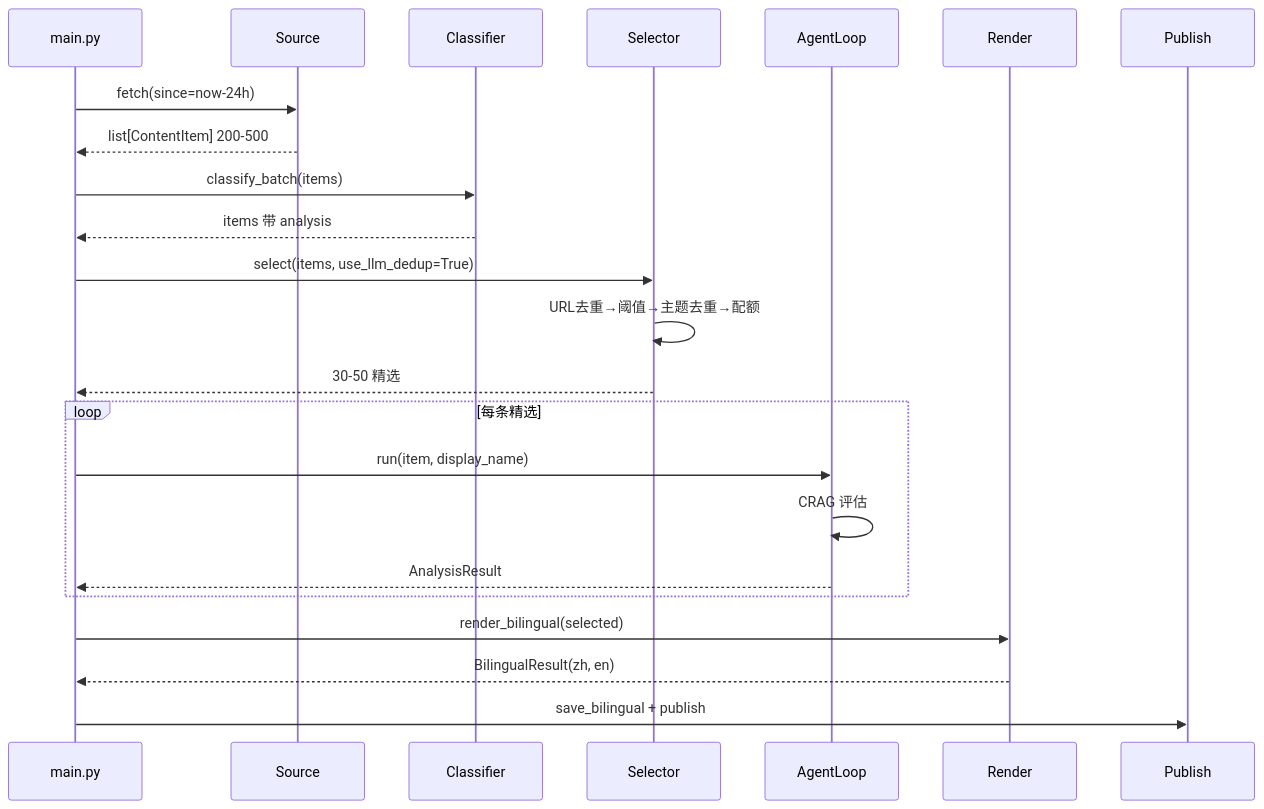
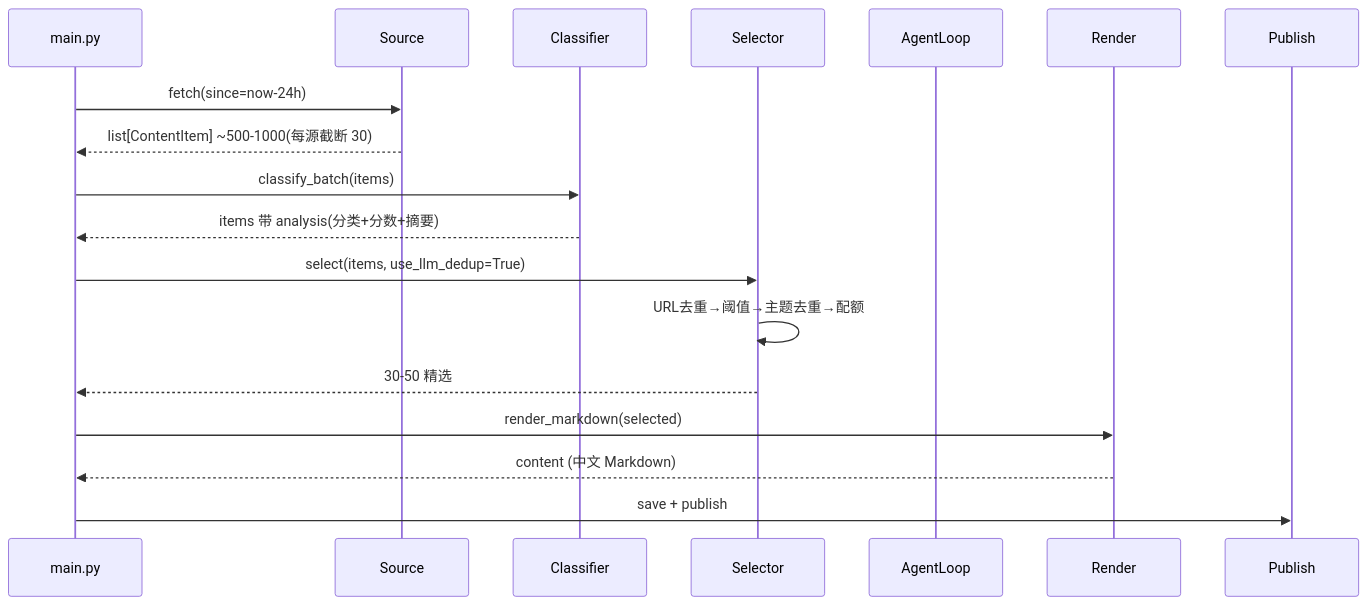
The second of 2 diagrams in docs/TECH.md (int2t05/rss-reader), drawn with Mermaid before and after one commit. The commit also changed other lines of this file and 72 other files, not shown here.

````diff
--- a/docs/TECH.md
+++ b/docs/TECH.md
@@ -253,26 +190,21 @@
 ```mermaid
 sequenceDiagram
     participant M as main.py
     participant S as Source
     participant T1 as Classifier
     participant T2 as Selector
     participant T3 as AgentLoop
     participant R as Render
     participant P as Publish
 
     M->>S: fetch(since=now-24h)
-    S-->>M: list[ContentItem] 200-500
+    S-->>M: list[ContentItem] ~500-1000(每源截断 30)
     M->>T1: classify_batch(items)
-    T1-->>M: items 带 analysis
+    T1-->>M: items 带 analysis(分类+分数+摘要)
     M->>T2: select(items, use_llm_dedup=True)
     T2->>T2: URL去重→阈值→主题去重→配额
     T2-->>M: 30-50 精选
-    loop 每条精选
-        M->>T3: run(item, display_name)
-        T3->>T3: CRAG 评估
-        T3-->>M: AnalysisResult
-    end
-    M->>R: render_bilingual(selected)
-    R-->>M: BilingualResult(zh, en)
-    M->>P: save_bilingual + publish
+    M->>R: render_markdown(selected)
+    R-->>M: content (中文 Markdown)
+    M->>P: save + publish
 ```
````
